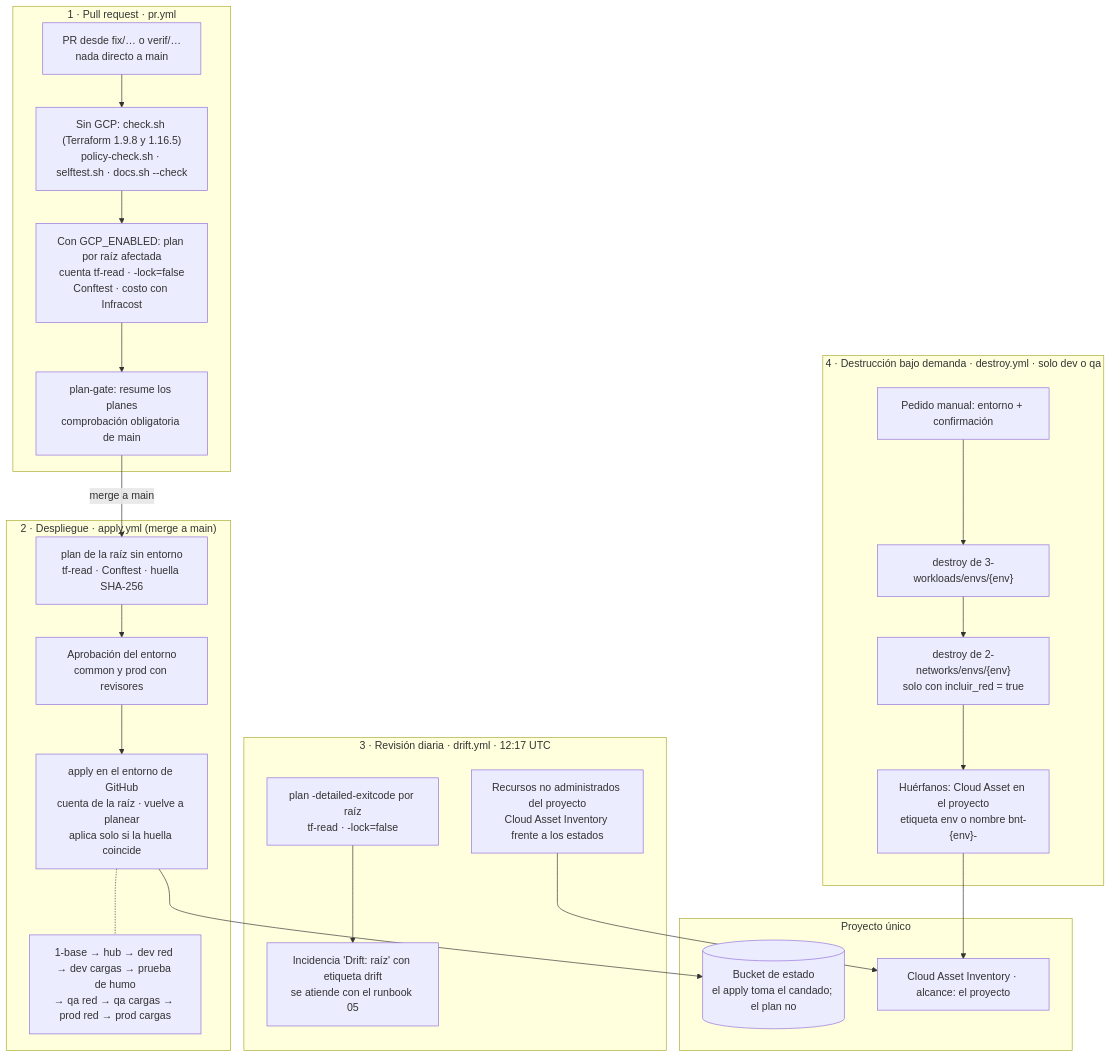
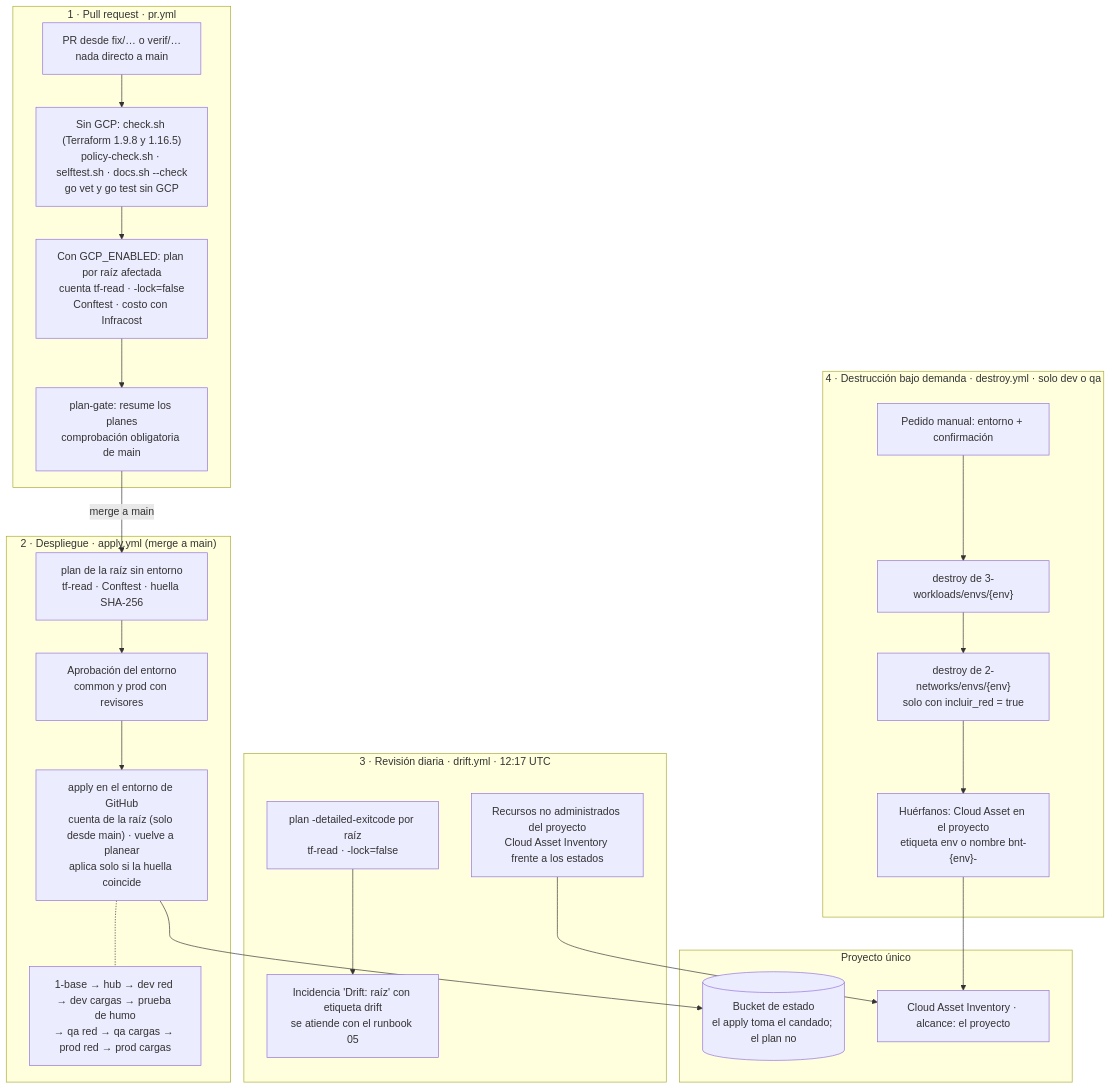
One commit to jadrianlg16/reto-banorte-gcp-terraform changed the diagram in gcp-datacenter/docs/diagramas/05-pipeline.md. Above: the diagram before and after it, drawn with Mermaid. The commit also changed other lines of this file and 28 other files, not shown here.

Commit message:
R3 conciliación: README, pruebas, políticas y módulos con el código final; diagramas 02, 04 y 05 regenerados (VM DNS, cuentas de ejecución de 1-base, WIF desde main); plan de rediseño con R0 a R3 hechos y 131 marcadores

````diff
--- a/gcp-datacenter/docs/diagramas/05-pipeline.md
+++ b/gcp-datacenter/docs/diagramas/05-pipeline.md
@@ -11,43 +11,43 @@
 ```mermaid
 flowchart TB
   subgraph PR["1 · Pull request · pr.yml"]
     pr["PR desde fix/… o verif/…<br/>nada directo a main"]
-    static["Sin GCP: check.sh (Terraform 1.9.8 y 1.16.5)<br/>policy-check.sh · selftest.sh · docs.sh --check"]
+    static["Sin GCP: check.sh (Terraform 1.9.8 y 1.16.5)<br/>policy-check.sh · selftest.sh · docs.sh --check<br/>go vet y go test sin GCP"]
     plan["Con GCP_ENABLED: plan por raíz afectada<br/>cuenta tf-read · -lock=false<br/>Conftest · costo con Infracost"]
     gate["plan-gate: resume los planes<br/>comprobación obligatoria de main"]
     pr --> static --> plan --> gate
   end
 
   subgraph AP["2 · Despliegue · apply.yml (merge a main)"]
     p1["plan de la raíz sin entorno<br/>tf-read · Conftest · huella SHA-256"]
     appr["Aprobación del entorno<br/>common y prod con revisores"]
-    a1["apply en el entorno de GitHub<br/>cuenta de la raíz · vuelve a planear<br/>aplica solo si la huella coincide"]
+    a1["apply en el entorno de GitHub<br/>cuenta de la raíz (solo desde main) · vuelve a planear<br/>aplica solo si la huella coincide"]
     order["1-base → hub → dev red → dev cargas → prueba de humo<br/>→ qa red → qa cargas → prod red → prod cargas"]
     p1 --> appr --> a1
     a1 -.- order
   end
   gate -- "merge a main" --> p1
 
   subgraph DR["3 · Revisión diaria · drift.yml · 12:17 UTC"]
     d1["plan -detailed-exitcode por raíz<br/>tf-read · -lock=false"]
     d2["Incidencia 'Drift: raíz' con etiqueta drift<br/>se atiende con el runbook 05"]
     d3["Recursos no administrados del proyecto<br/>Cloud Asset Inventory frente a los estados"]
     d1 --> d2
   end
 
   subgraph DE["4 · Destrucción bajo demanda · destroy.yml · solo dev o qa"]
     e1["Pedido manual: entorno + confirmación"]
     e2["destroy de 3-workloads/envs/{env}"]
     e3["destroy de 2-networks/envs/{env}<br/>solo con incluir_red = true"]
     e4["Huérfanos: Cloud Asset en el proyecto<br/>etiqueta env o nombre bnt-{env}-"]
     e1 --> e2 --> e3 --> e4
   end
 
   subgraph GCP["Proyecto único"]
     st[("Bucket de estado<br/>el apply toma el candado; el plan no")]
     asset["Cloud Asset Inventory · alcance: el proyecto"]
   end
   a1 --> st
   d3 --> asset
   e4 --> asset
 ```
````
